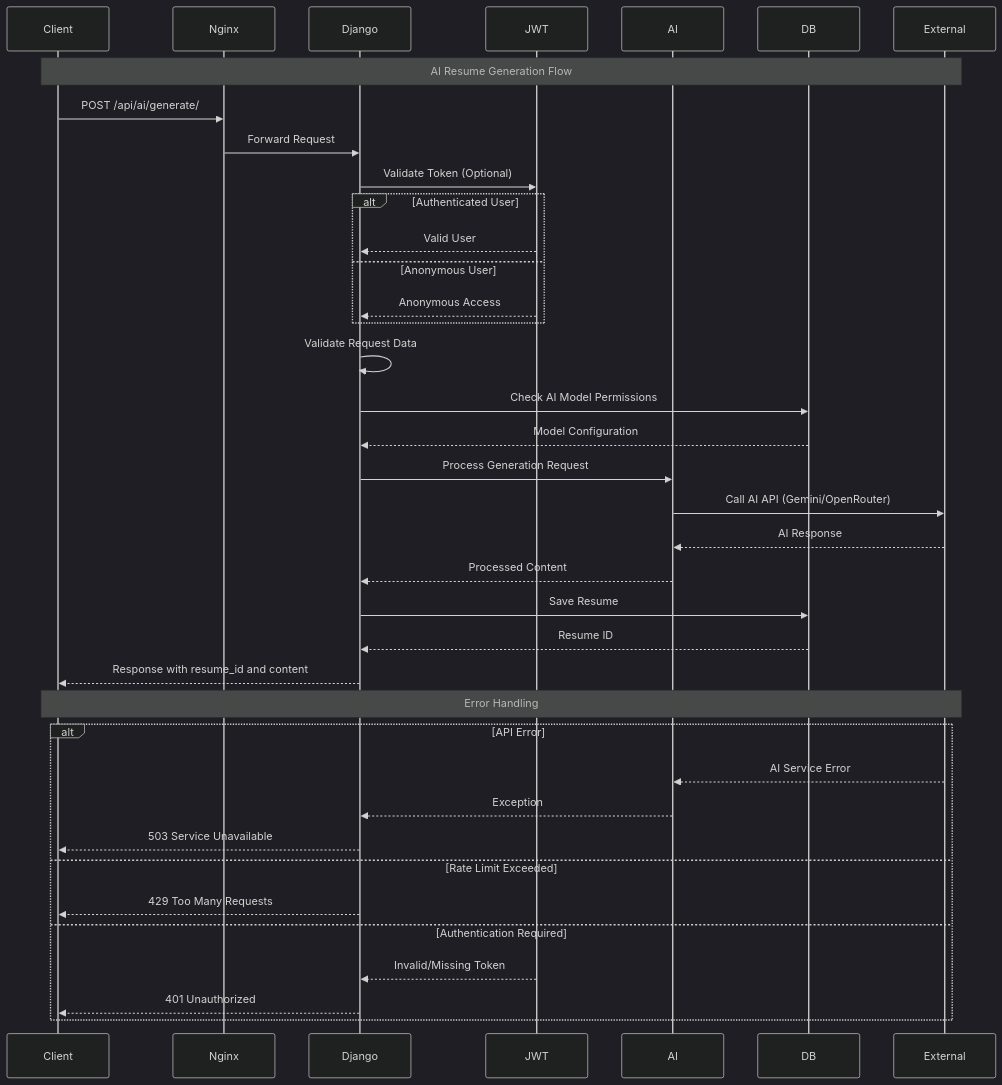
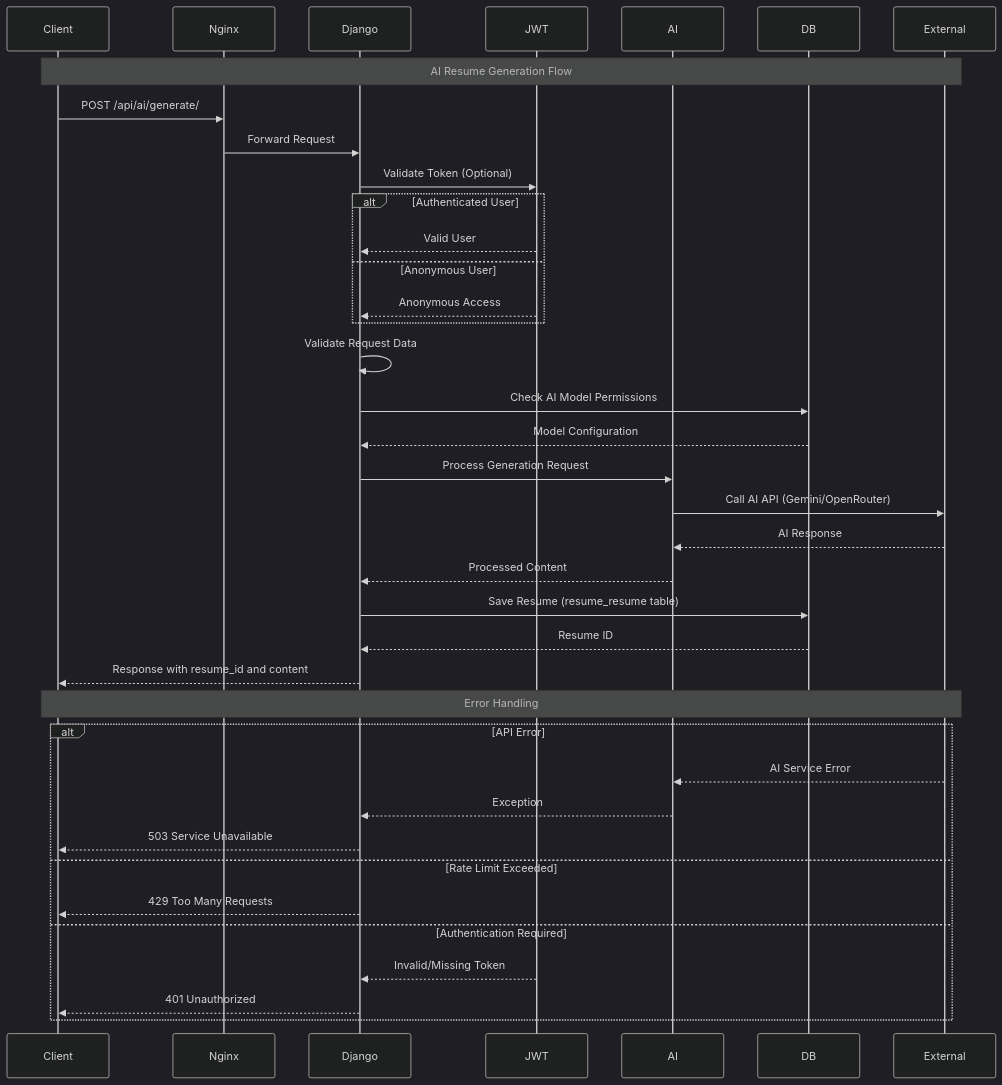
Before and after one commit to Arafat6462/ResuMate_API_Docs: the third of 6 diagrams in docs/architecture/index.md, drawn with Mermaid (dark theme). The commit also changed other lines of this file, not shown here.

Commit message:
Update database schema documentati

````diff
--- a/docs/architecture/index.md
+++ b/docs/architecture/index.md
@@ -166,49 +329,49 @@
 ```mermaid
 sequenceDiagram
     participant Client
     participant Nginx
     participant Django
     participant JWT
     participant AI
     participant DB
     participant External
     
     Note over Client,External: AI Resume Generation Flow
     
     Client->>Nginx: POST /api/ai/generate/
     Nginx->>Django: Forward Request
     
     Django->>JWT: Validate Token (Optional)
     alt Authenticated User
         JWT-->>Django: Valid User
     else Anonymous User
         JWT-->>Django: Anonymous Access
     end
     
     Django->>Django: Validate Request Data
     Django->>DB: Check AI Model Permissions
     DB-->>Django: Model Configuration
     
     Django->>AI: Process Generation Request
     AI->>External: Call AI API (Gemini/OpenRouter)
     External-->>AI: AI Response
     AI-->>Django: Processed Content
     
-    Django->>DB: Save Resume
+    Django->>DB: Save Resume (resume_resume table)
     DB-->>Django: Resume ID
     
     Django-->>Client: Response with resume_id and content
     
     Note over Client,External: Error Handling
     
     alt API Error
         External-->>AI: AI Service Error
         AI-->>Django: Exception
         Django-->>Client: 503 Service Unavailable
     else Rate Limit Exceeded
         Django-->>Client: 429 Too Many Requests
     else Authentication Required
         JWT-->>Django: Invalid/Missing Token
         Django-->>Client: 401 Unauthorized
     end
 ```
````
